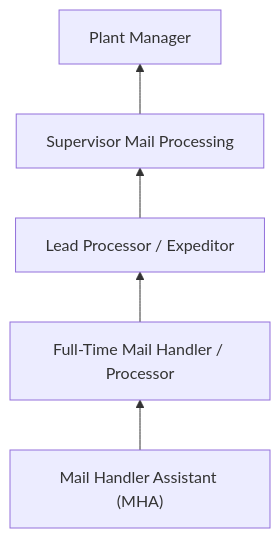
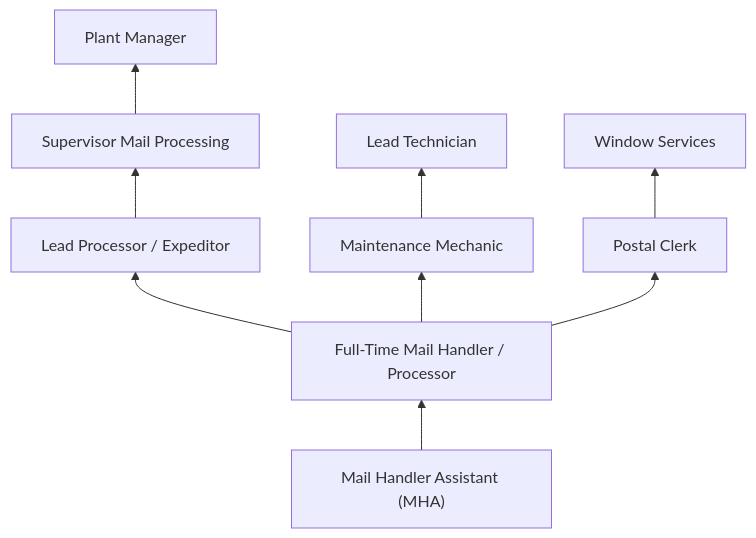
Before and after one commit to kziemski/business.org.ai: the third of 4 diagrams in occupations/Administrative/PostalServiceMailSortersProcessorsAndProcessingMachineOperators.mdx, drawn with Mermaid. The commit also changed other lines of this file and 19 other files, not shown here.

````diff
--- a/occupations/Administrative/PostalServiceMailSortersProcessorsAndProcessingMachineOperators.mdx
+++ b/occupations/Administrative/PostalServiceMailSortersProcessorsAndProcessingMachineOperators.mdx
@@ -75,7 +188,13 @@
 ```mermaid
 graph BT
     Entry["Mail Handler Assistant (MHA)"] --> Mid["Full-Time Mail Handler / Processor"]
     Mid --> Lead["Lead Processor / Expeditor"]
     Lead --> Supervisor["Supervisor Mail Processing"]
     Supervisor --> Manager["Plant Manager"]
+
+    Mid --> Tech["Maintenance Mechanic"]
+    Tech --> TechLead["Lead Technician"]
+
+    Mid --> Clerk["Postal Clerk"]
+    Clerk --> Window["Window Services"]
 ```
````
